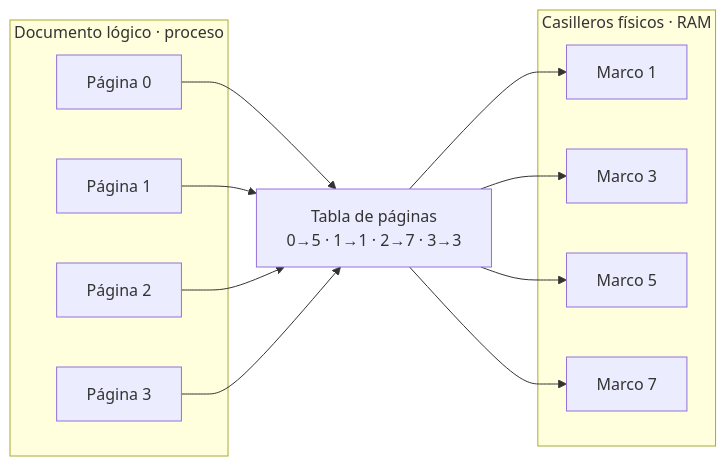
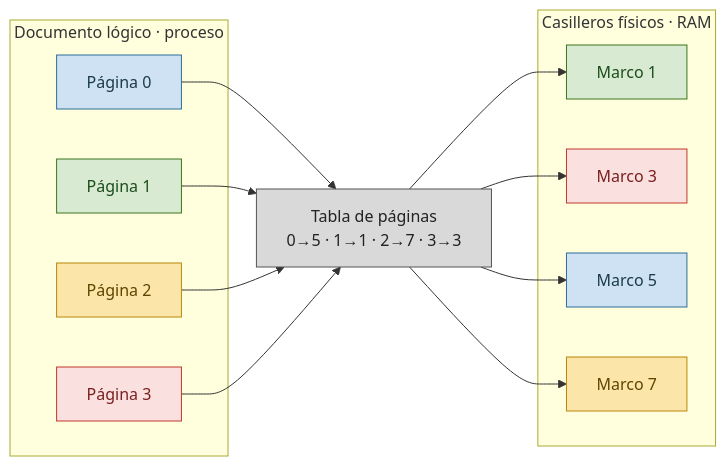
Before and after one commit to asiermarzo/ssoo: the fifth of 7 diagrams in TEORIA/06-gestion-de-memoria/README.md, drawn with Mermaid. The commit also changed other lines of this file and 25 other files, not shown here.

Commit message:
refinado de diagramas mermaid y svg

````diff
--- a/TEORIA/06-gestion-de-memoria/README.md
+++ b/TEORIA/06-gestion-de-memoria/README.md
@@ -537,20 +638,31 @@
 ```mermaid
 flowchart LR
     subgraph L["Documento lógico · proceso"]
         P0[Página 0]
         P1[Página 1]
         P2[Página 2]
         P3[Página 3]
     end
     PT["Tabla de páginas<br/>0→5 · 1→1 · 2→7 · 3→3"]
     subgraph F["Casilleros físicos · RAM"]
         F1[Marco 1]
         F3[Marco 3]
         F5[Marco 5]
         F7[Marco 7]
     end
     P0 --> PT --> F5
     P1 --> PT --> F1
     P2 --> PT --> F7
     P3 --> PT --> F3
+
+    classDef tabla fill:#d9d9d9,stroke:#555555,color:#222222;
+    classDef par0 fill:#cfe2f3,stroke:#2b6f99,color:#1b3a4b;
+    classDef par1 fill:#d9ead3,stroke:#38761d,color:#1b4d1b;
+    classDef par2 fill:#fce5a8,stroke:#b8860b,color:#5c4600;
+    classDef par3 fill:#fbe0e0,stroke:#c0392b,color:#7a1f1f;
+    class PT tabla;
+    class P0,F5 par0;
+    class P1,F1 par1;
+    class P2,F7 par2;
+    class P3,F3 par3;
 ```
````
